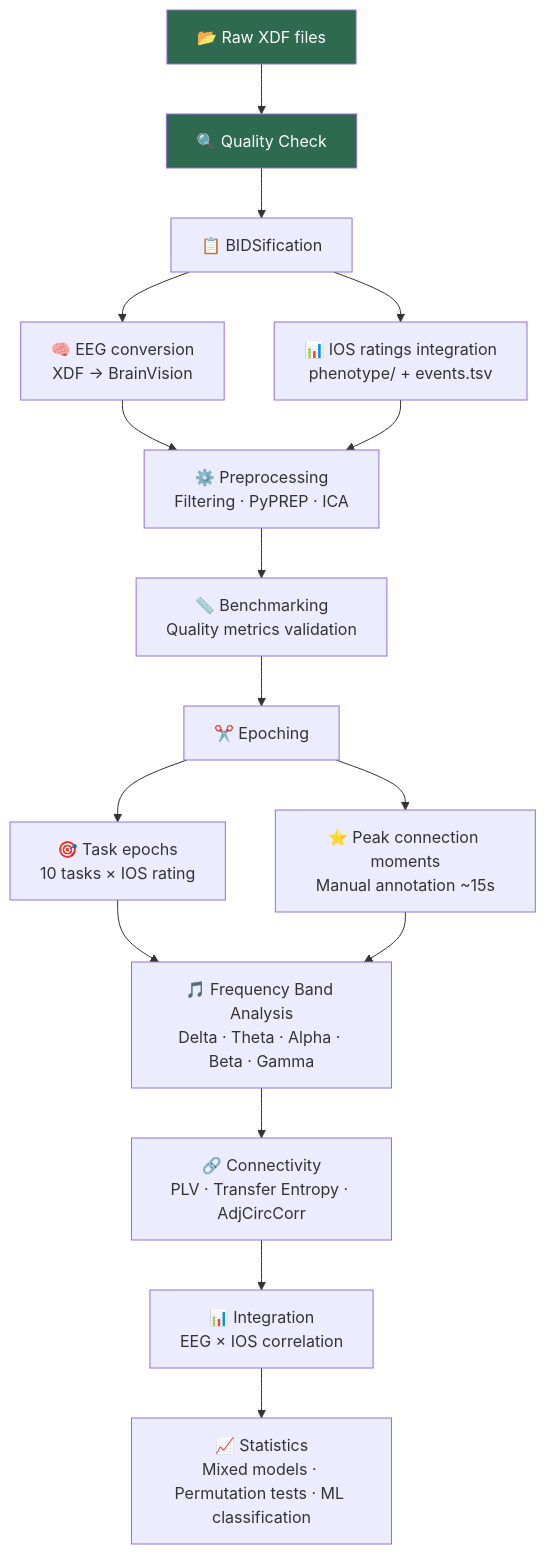
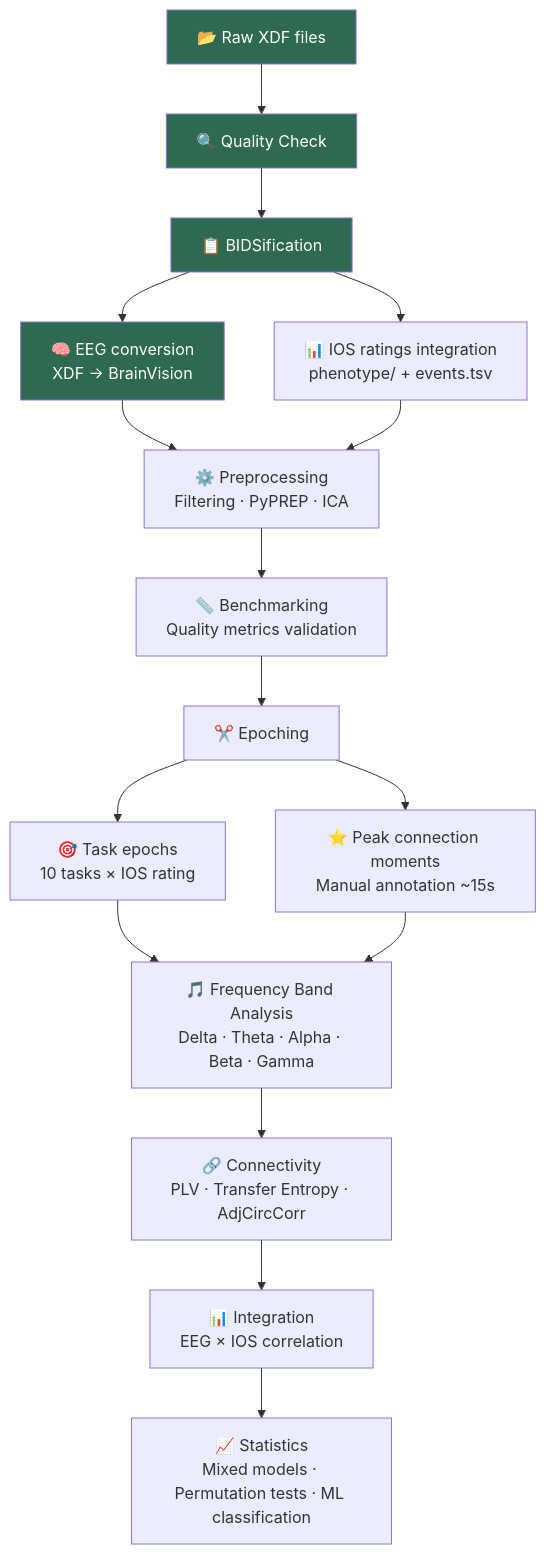
Before and after one commit to anna-monnier/brainhack_2026: the diagram in README.md, drawn with Mermaid. The commit also changed other lines of this file, not shown here.

````diff
--- a/README.md
+++ b/README.md
@@ -71,21 +74,23 @@
 ```mermaid
 flowchart TD
     A[📂 Raw XDF files] --> B[🔍 Quality Check]
     B --> C[📋 BIDSification]
     C --> C1[🧠 EEG conversion\nXDF → BrainVision]
     C --> C2[📊 IOS ratings integration\nphenotype/ + events.tsv]
     C1 --> D[⚙️ Preprocessing\nFiltering · PyPREP · ICA]
     C2 --> D
     D --> D1[📏 Benchmarking\nQuality metrics validation]
     D1 --> E[✂️ Epoching]
     E --> E1[🎯 Task epochs\n10 tasks × IOS rating]
     E --> E2[⭐ Peak connection moments\nManual annotation ~15s]
     E1 --> F[🎵 Frequency Band Analysis\nDelta · Theta · Alpha · Beta · Gamma]
     E2 --> F
     F --> G[🔗 Connectivity\nPLV · Transfer Entropy · AdjCircCorr]
     G --> H[📊 Integration\nEEG × IOS correlation]
     H --> I[📈 Statistics\nMixed models · Permutation tests · ML classification]
 
     style A fill:#2d6a4f,color:#fff
     style B fill:#2d6a4f,color:#fff
+    style C fill:#2d6a4f,color:#fff
+    style C1 fill:#2d6a4f,color:#fff
 ```
````
